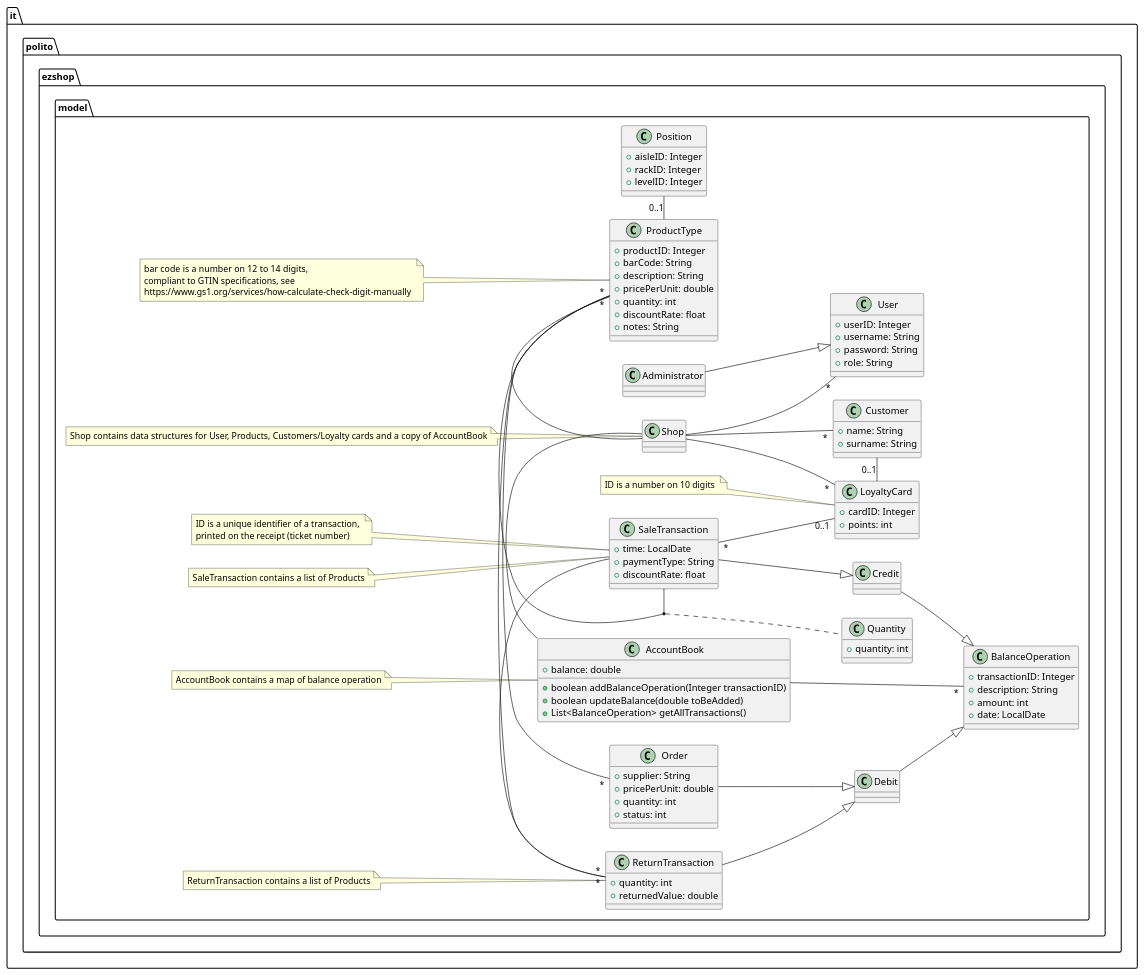
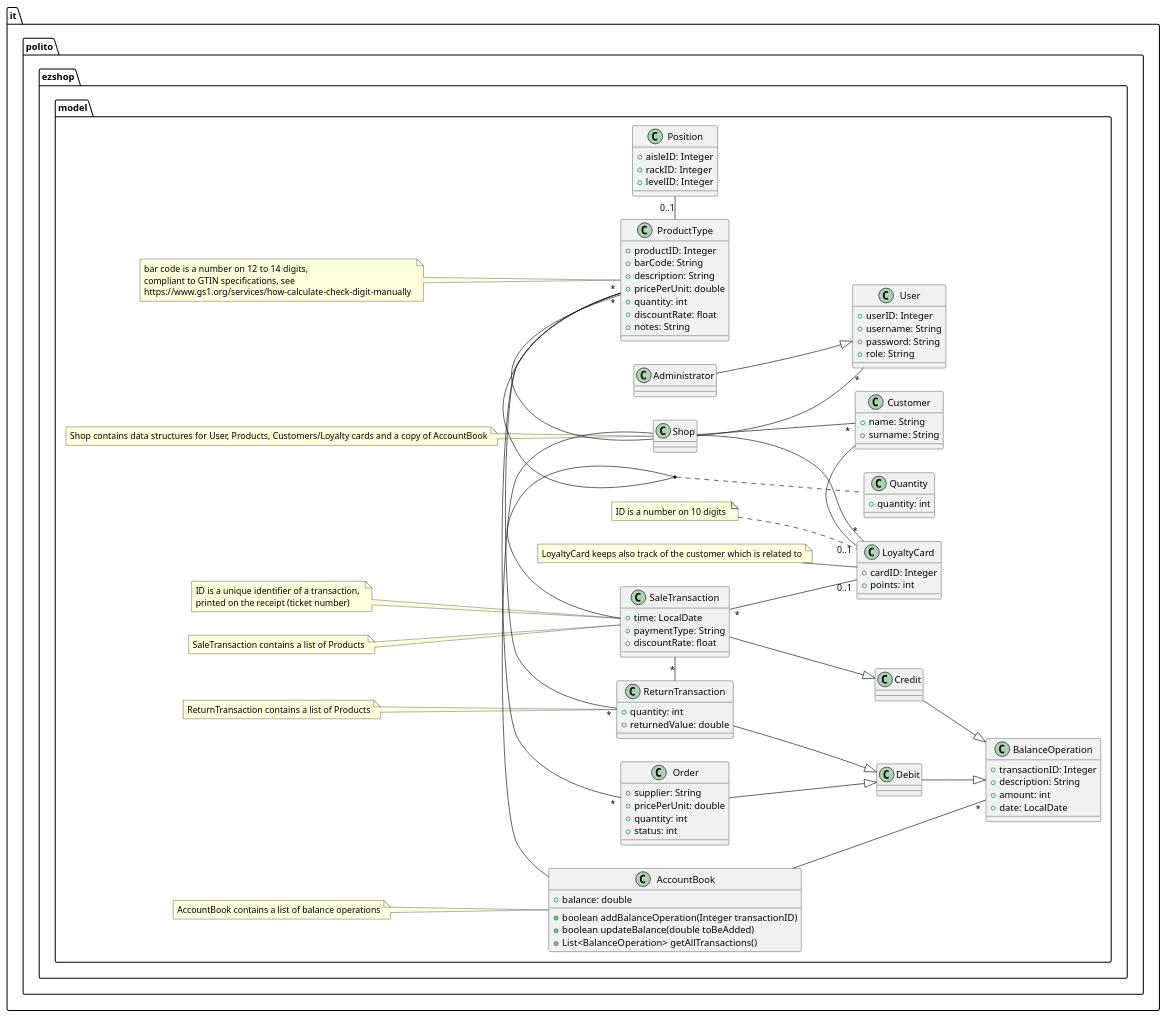
Before and after one commit to Stormz4/group20-EzShop: the third of 19 diagrams in Deliverables/DesignDocument.md, drawn with PlantUML. The commit also changed other lines of this file, not shown here.

Commit message:
Doc: fixed sequence and class diagram

````diff
--- a/Deliverables/DesignDocument.md
+++ b/Deliverables/DesignDocument.md
@@ -272,7 +272,7 @@
 N2 .. ProductType
 note "ID is a unique identifier of a transaction, \nprinted on the receipt (ticket number) " as N3
 N3 .. SaleTransaction
-note "AccountBook contains a map of balance operation" as N4
+note "AccountBook contains a list of balance operations" as N4
 N4 .. AccountBook
 note "Shop contains data structures for User, Products, Customers/Loyalty cards and a copy of AccountBook" as N5
 N5 .. Shop
@@ -280,6 +280,8 @@
 N6 .. SaleTransaction
 note "ReturnTransaction contains a list of Products" as N7
 N7 .. ReturnTransaction
+note "LoyaltyCard keeps also track of the customer which is related to" as N8
+N8 .. LoyaltyCard
 }
 @enduml
 ```
````
